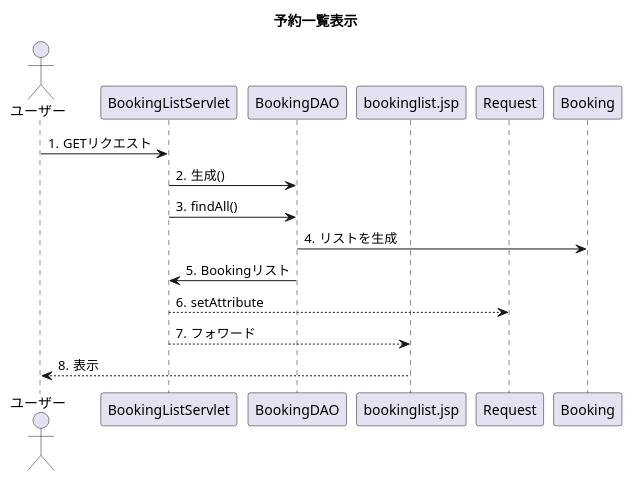
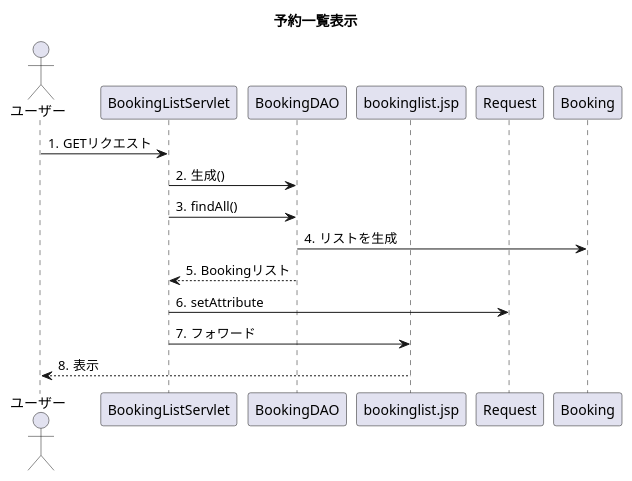
One commit to Tyamanaka07/WebSystem changed the diagram in detail.uml/seq_bookingList.pu. Above: the diagram before and after it, drawn with PlantUML.

```diff
--- a/detail.uml/seq_bookingList.pu
+++ b/detail.uml/seq_bookingList.pu
@@ -1,20 +1,20 @@
 @startuml
 title 予約一覧表示
 actor ユーザー
 participant BookingListServlet
 participant BookingDAO
 participant bookinglist.jsp
 participant Request
 
 autonumber "#."
 
 ユーザー->BookingListServlet:GETリクエスト
 BookingListServlet->BookingDAO:生成()
 BookingListServlet->BookingDAO:findAll()
 BookingDAO->Booking:リストを生成
-BookingDAO->BookingListServlet:Bookingリスト
-BookingListServlet-->Request:setAttribute
-BookingListServlet-->bookinglist.jsp:フォワード
+BookingDAO-->BookingListServlet:Bookingリスト
+BookingListServlet->Request:setAttribute
+BookingListServlet->bookinglist.jsp:フォワード
 bookinglist.jsp-->ユーザー:表示
 
 @enduml
```
